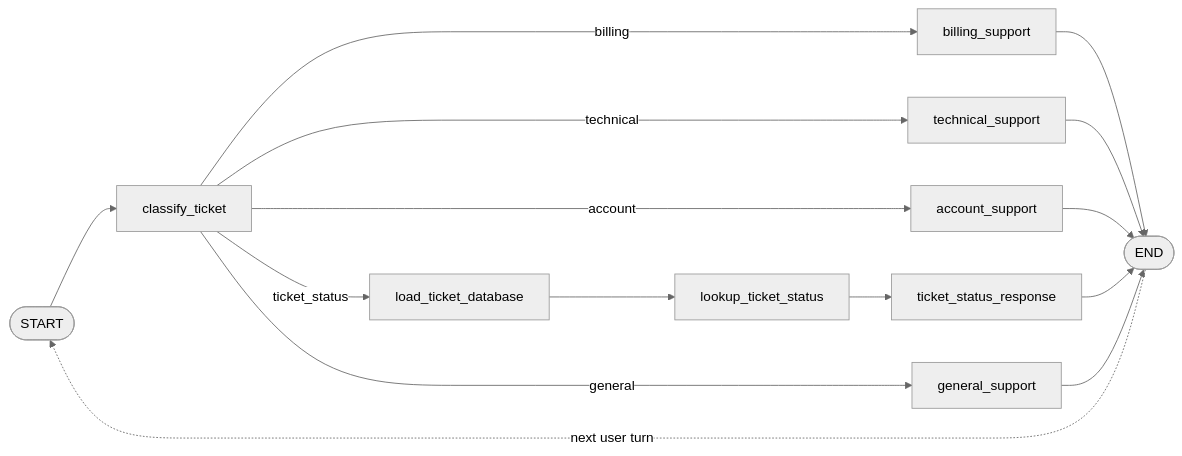
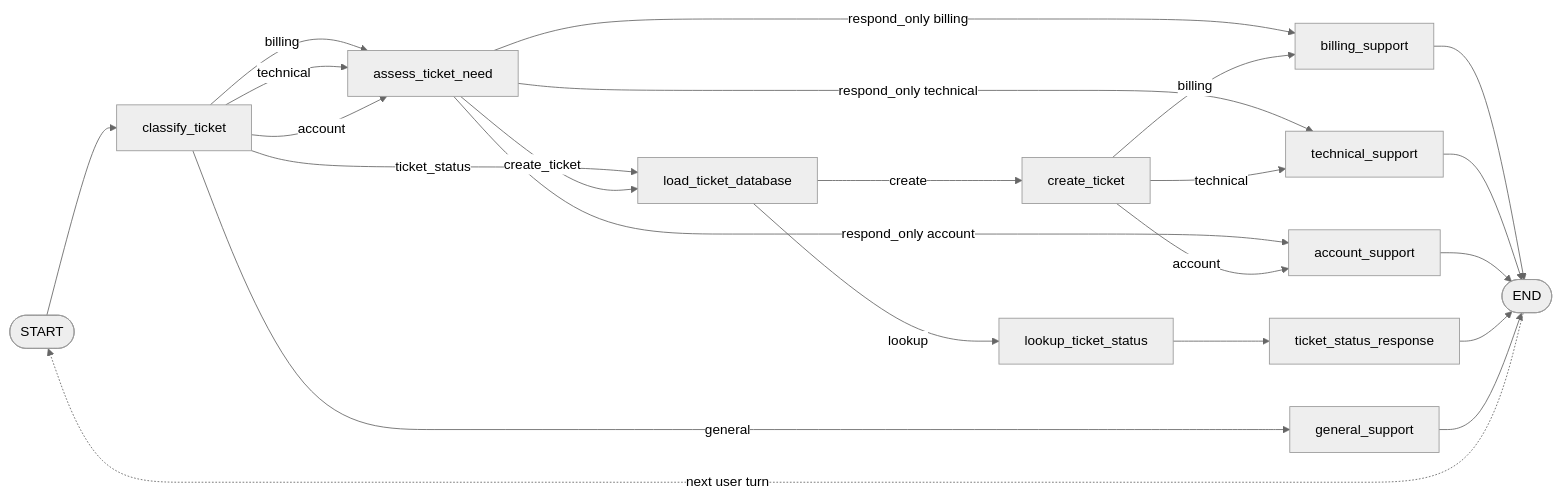
Before and after one commit to mveron/langgraph-support-intent-chatbot: the diagram in README.md, drawn with Mermaid (neutral theme). The commit also changed other lines of this file and 8 other files, not shown here.

````diff
--- a/README.md
+++ b/README.md
@@ -19,17 +20,25 @@
 ```mermaid
 flowchart LR
     START([START]) --> classify_ticket[classify_ticket]
-    classify_ticket -->|billing| billing_support[billing_support]
-    classify_ticket -->|technical| technical_support[technical_support]
-    classify_ticket -->|account| account_support[account_support]
+    classify_ticket -->|billing| assess_ticket_need[assess_ticket_need]
+    classify_ticket -->|technical| assess_ticket_need
+    classify_ticket -->|account| assess_ticket_need
     classify_ticket -->|ticket_status| load_ticket_database[load_ticket_database]
     classify_ticket -->|general| general_support[general_support]
+    assess_ticket_need -->|create_ticket| load_ticket_database
+    assess_ticket_need -->|respond_only billing| billing_support[billing_support]
+    assess_ticket_need -->|respond_only technical| technical_support[technical_support]
+    assess_ticket_need -->|respond_only account| account_support[account_support]
+    load_ticket_database -->|create| create_ticket[create_ticket]
+    create_ticket -->|billing| billing_support
+    create_ticket -->|technical| technical_support
+    create_ticket -->|account| account_support
     billing_support --> END([END])
     technical_support --> END
     account_support --> END
-    load_ticket_database --> lookup_ticket_status[lookup_ticket_status]
+    load_ticket_database -->|lookup| lookup_ticket_status[lookup_ticket_status]
     lookup_ticket_status --> ticket_status_response[ticket_status_response]
     ticket_status_response --> END
     general_support --> END
     END -. next user turn .-> START
 ```
````
